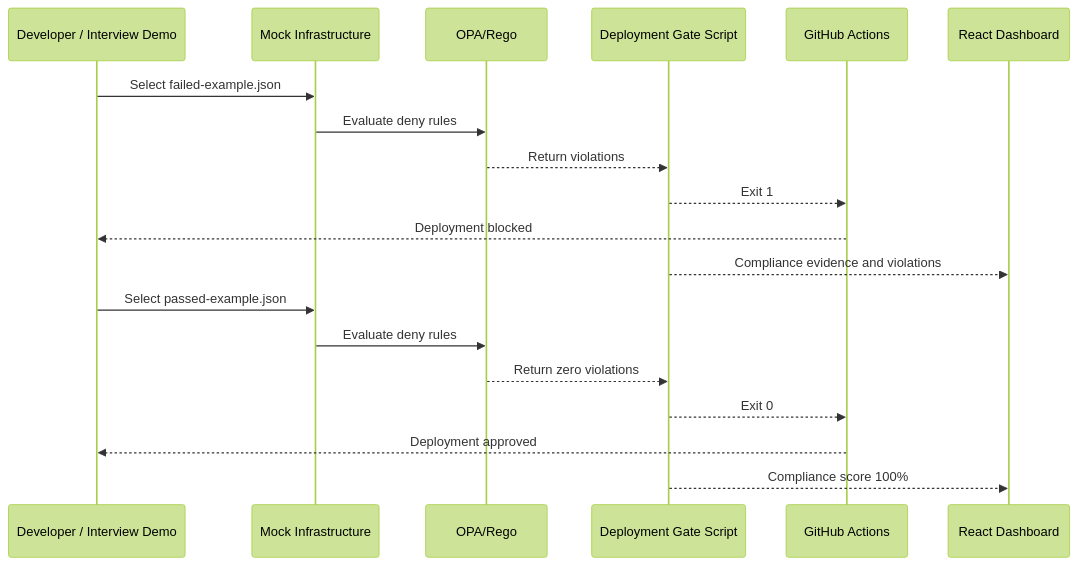
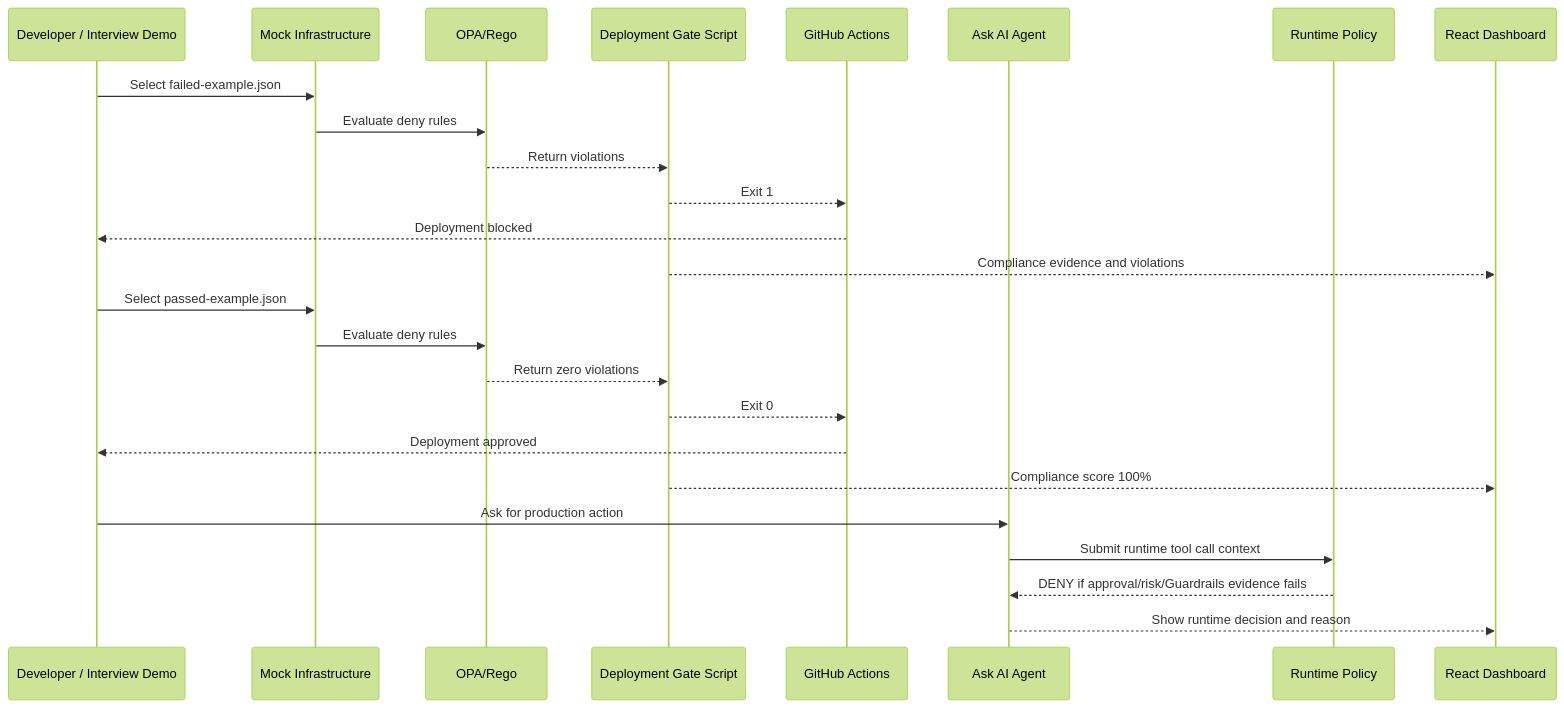
One commit to maha-sachin/aws-iso42001-governance-framework changed the sixth of 6 diagrams in docs/architecture-diagram.md. Above: the diagram before and after it, drawn with Mermaid (forest theme). The commit also changed other lines of this file and 2 other files, not shown here.

Commit message:
feat: add runtime agent governance examples and update architecture documentation

````diff
--- a/docs/architecture-diagram.md
+++ b/docs/architecture-diagram.md
@@ -102,23 +156,30 @@
 ```mermaid
 sequenceDiagram
   participant User as Developer / Interview Demo
   participant Input as Mock Infrastructure
   participant OPA as OPA/Rego
   participant Gate as Deployment Gate Script
   participant CI as GitHub Actions
+  participant Agent as Ask AI Agent
+  participant Cedar as Runtime Policy
   participant UI as React Dashboard
 
   User->>Input: Select failed-example.json
   Input->>OPA: Evaluate deny rules
   OPA-->>Gate: Return violations
   Gate-->>CI: Exit 1
   CI-->>User: Deployment blocked
   Gate-->>UI: Compliance evidence and violations
 
   User->>Input: Select passed-example.json
   Input->>OPA: Evaluate deny rules
   OPA-->>Gate: Return zero violations
   Gate-->>CI: Exit 0
   CI-->>User: Deployment approved
   Gate-->>UI: Compliance score 100%
+
+  User->>Agent: Ask for production action
+  Agent->>Cedar: Submit runtime tool call context
+  Cedar-->>Agent: DENY if approval/risk/Guardrails evidence fails
+  Agent-->>UI: Show runtime decision and reason
 ```
````
